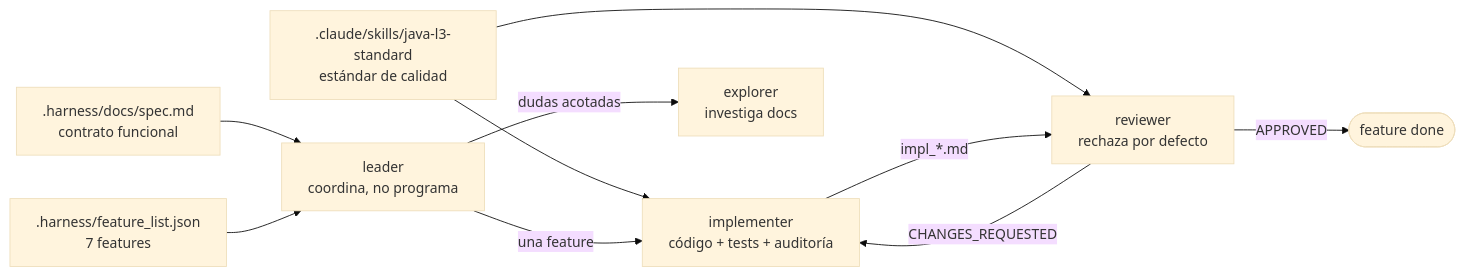
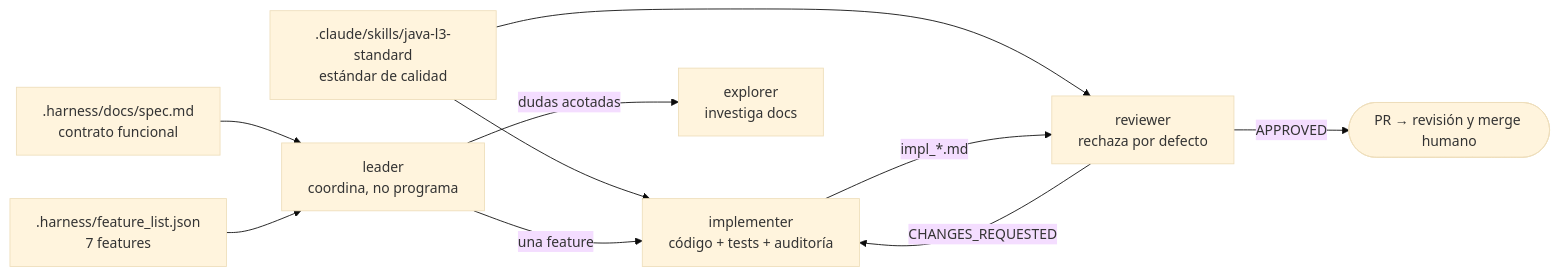
Before and after one commit to chilcho1939/api-bank-harness: the fourth of 4 diagrams in README.md, drawn with Mermaid (base theme). The commit also changed other lines of this file, not shown here.

````diff
--- a/README.md
+++ b/README.md
@@ -9,12 +403,12 @@
 ```mermaid
 flowchart LR
     spec[".harness/docs/spec.md<br/>contrato funcional"] --> leader
     std[".claude/skills/java-l3-standard<br/>estándar de calidad"] --> impl
     std --> rev
     fl[".harness/feature_list.json<br/>7 features"] --> leader
     leader["leader<br/>coordina, no programa"] -->|"una feature"| impl["implementer<br/>código + tests + auditoría"]
     leader -->|"dudas acotadas"| exp["explorer<br/>investiga docs"]
     impl -->|"impl_*.md"| rev["reviewer<br/>rechaza por defecto"]
-    rev -->|"APPROVED"| done(["feature done"])
+    rev -->|"APPROVED"| pr(["PR → revisión y merge humano"])
     rev -->|"CHANGES_REQUESTED"| impl
 ```
````
